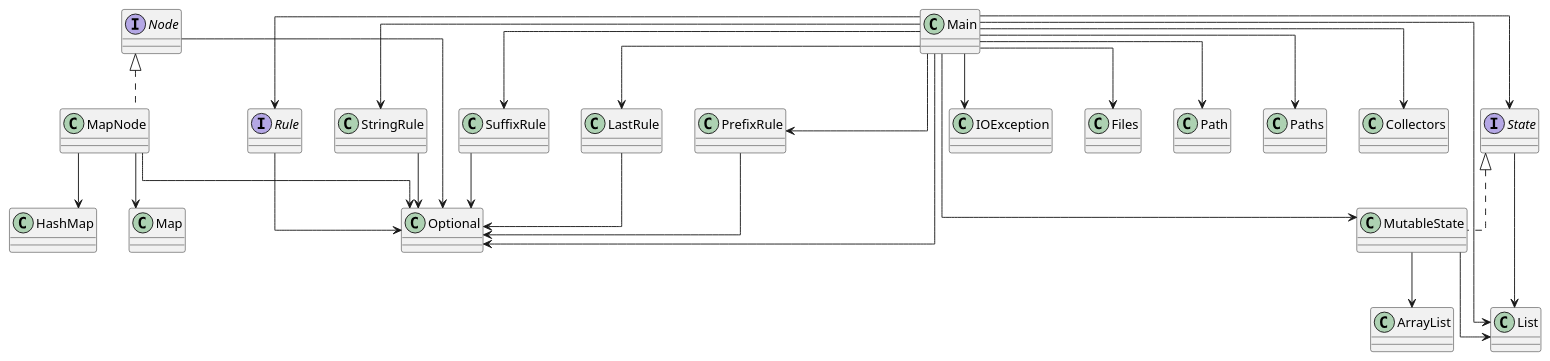
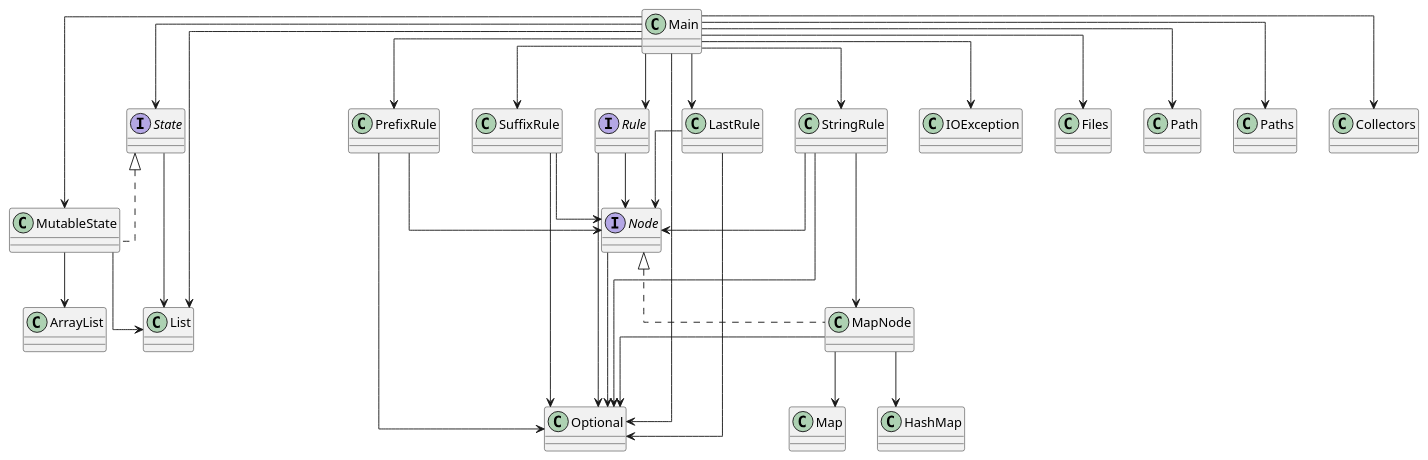
Before and after one commit to SirMathhman/Magma: the diagram in diagram.puml, drawn with PlantUML. The commit also changed 7 other files, not shown here.

```diff
--- a/diagram.puml
+++ b/diagram.puml
@@ -1,35 +1,41 @@
 @startuml
 skinparam linetype ortho
-Node --> Optional
-interface Node
 MutableState --> ArrayList
 MutableState --> List
 class MutableState implements State
+Node --> Optional
+interface Node
+Rule --> Node
 Rule --> Optional
 interface Rule
 Main --> LastRule
 Main --> MutableState
 Main --> PrefixRule
 Main --> Rule
 Main --> State
 Main --> StringRule
 Main --> SuffixRule
 Main --> IOException
 Main --> Files
 Main --> Path
 Main --> Paths
 Main --> List
 Main --> Optional
 Main --> Collectors
 class Main
-StringRule --> Optional
-LastRule --> Optional
 MapNode --> HashMap
 MapNode --> Map
 MapNode --> Optional
 class MapNode implements Node
+StringRule --> MapNode
+StringRule --> Node
+StringRule --> Optional
+LastRule --> Node
+LastRule --> Optional
+PrefixRule --> Node
 PrefixRule --> Optional
+SuffixRule --> Node
 SuffixRule --> Optional
 State --> List
 interface State
 @enduml
```
